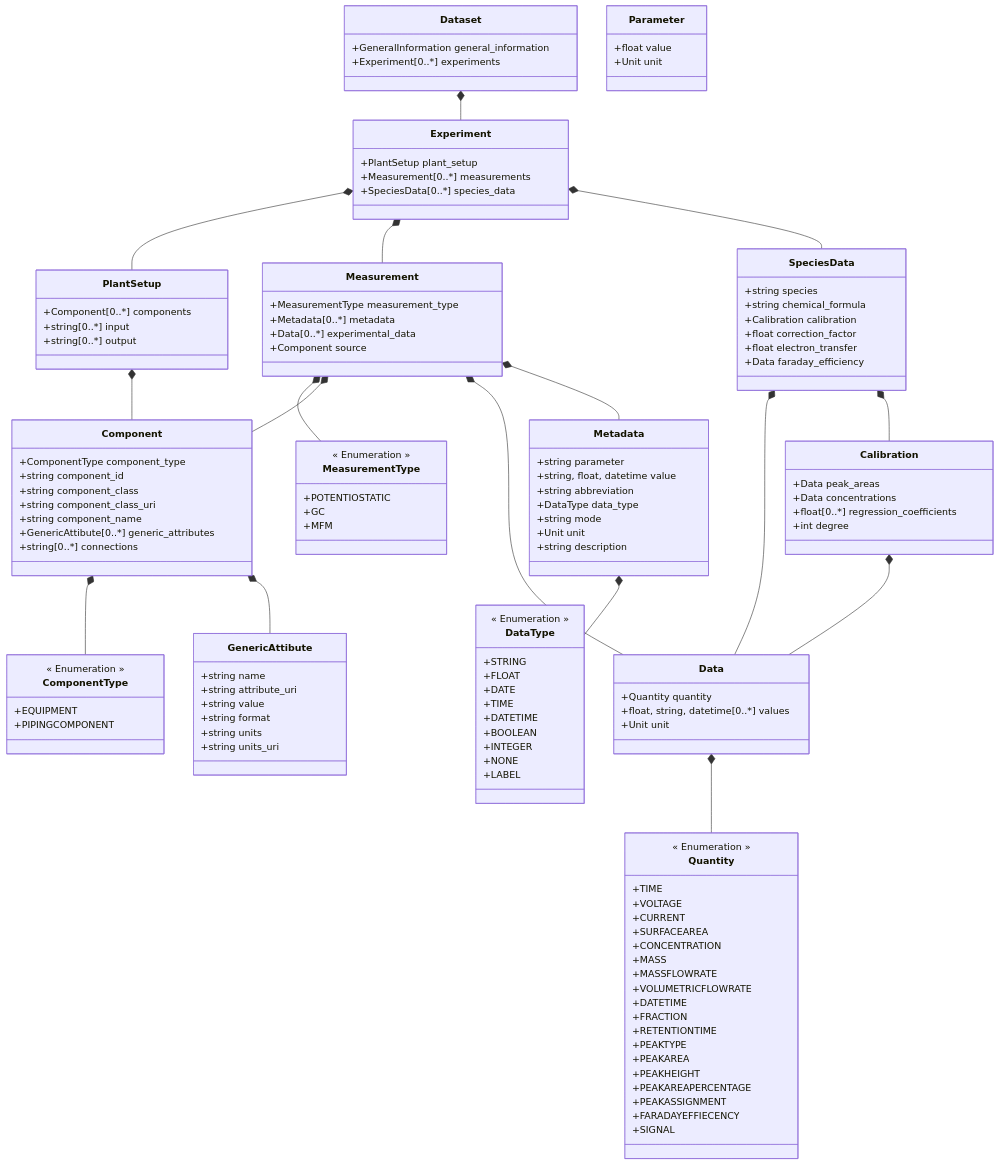
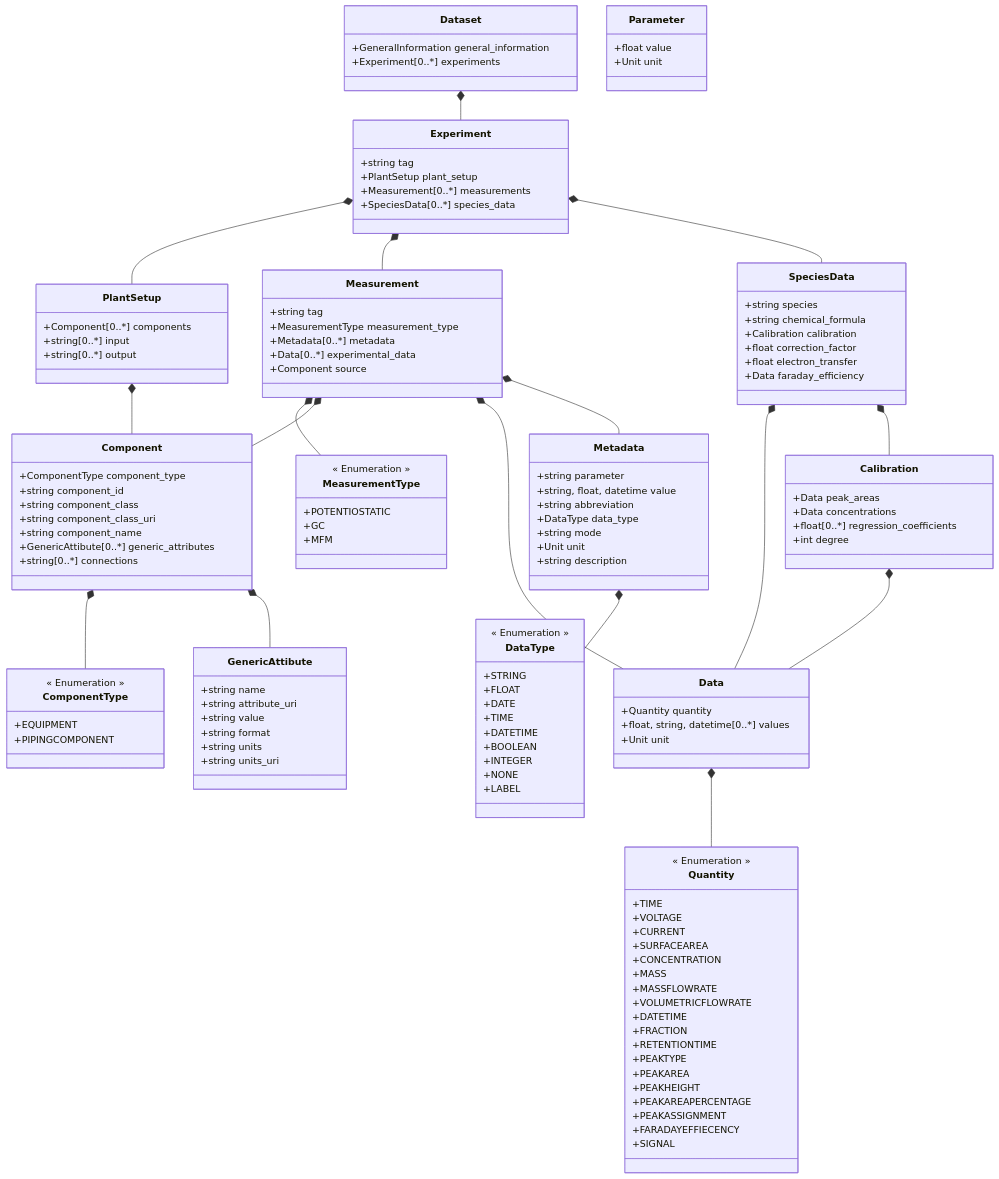
One commit to FAIRChemistry/FAIRFlow changed the diagram in FAIRFlow/schemes/fairflow_schema.md. Above: the diagram before and after it, drawn with Mermaid. The commit also changed 12 other files, not shown here.

```diff
--- a/FAIRFlow/schemes/fairflow_schema.md
+++ b/FAIRFlow/schemes/fairflow_schema.md
@@ -23,6 +23,7 @@
     }
     
     class Experiment {
+        +string tag
         +PlantSetup plant_setup
         +Measurement[0..*] measurements
         +SpeciesData[0..*] species_data
@@ -35,6 +36,7 @@
     }
     
     class Measurement {
+        +string tag
         +MeasurementType measurement_type
         +Metadata[0..*] metadata
         +Data[0..*] experimental_data
```
